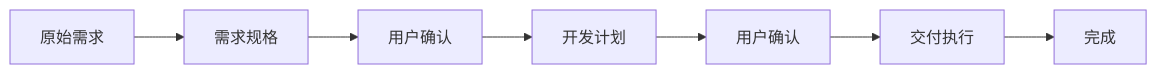
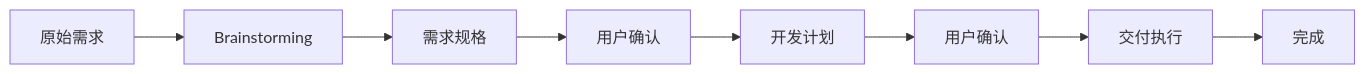
Before and after one commit to huhua1990/yuheng-core: the diagram in .claude/skills/yuheng-full-workflow.md, drawn with Mermaid. The commit also changed other lines of this file and 3 other files, not shown here.

````diff
--- a/.claude/skills/yuheng-full-workflow.md
+++ b/.claude/skills/yuheng-full-workflow.md
@@ -29,9 +29,10 @@
 ```mermaid
 graph LR
-    A[原始需求] --> B[需求规格]
-    B --> C[用户确认]
-    C --> D[开发计划]
-    D --> E[用户确认]
-    E --> F[交付执行]
-    F --> G[完成]
+    A[原始需求] --> B[Brainstorming]
+    B --> C[需求规格]
+    C --> D[用户确认]
+    D --> E[开发计划]
+    E --> F[用户确认]
+    F --> G[交付执行]
+    G --> H[完成]
 ```
````
